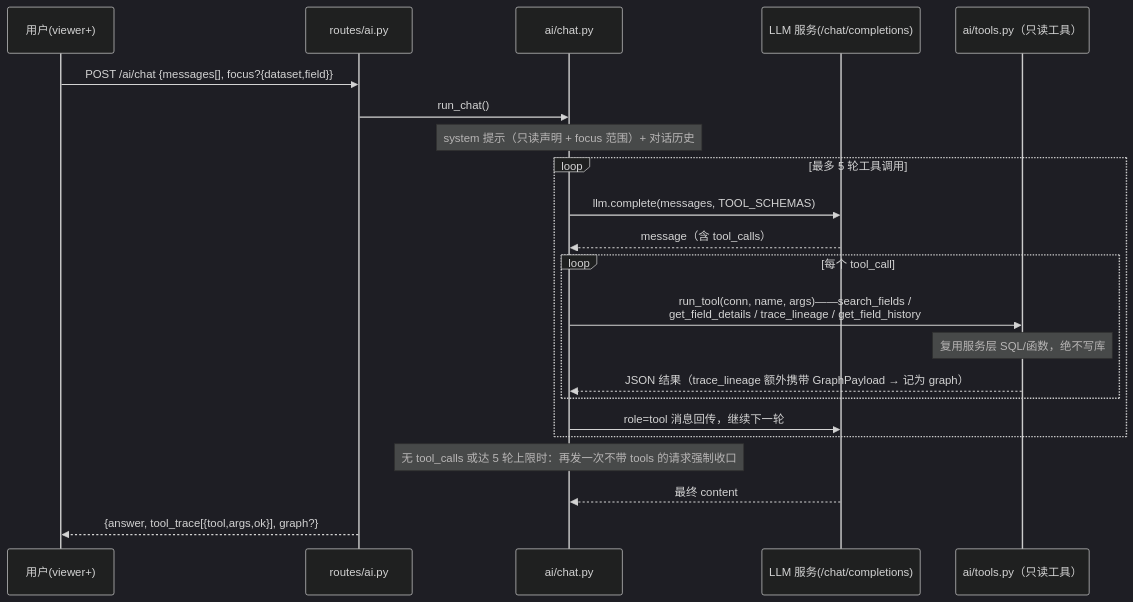
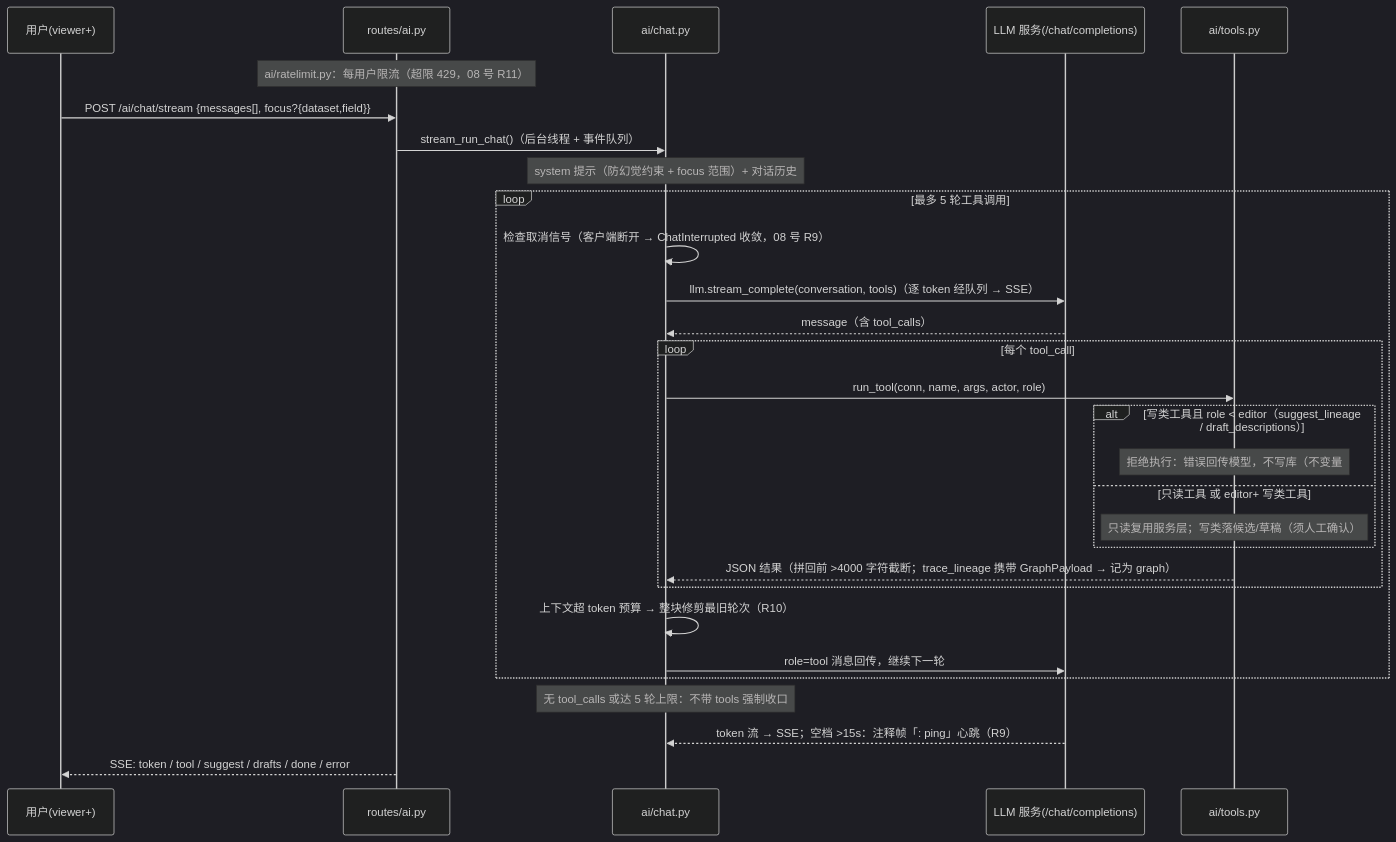
Before and after one commit to Mylifeforrent/ai-lineage: the fourth of 4 diagrams in docs/03_dev/01_架构设计.md, drawn with Mermaid (dark theme). The commit also changed other lines of this file and 40 other files, not shown here.

````diff
--- a/docs/03_dev/01_架构设计.md
+++ b/docs/03_dev/01_架构设计.md
@@ -245,25 +251,32 @@
 ```mermaid
 sequenceDiagram
     participant U as 用户(viewer+)
     participant R as routes/ai.py
     participant C as ai/chat.py
     participant L as LLM 服务(/chat/completions)
-    participant T as ai/tools.py（只读工具）
+    participant T as ai/tools.py
 
-    U->>R: POST /ai/chat {messages[], focus?{dataset,field}}
-    R->>C: run_chat()
-    Note over C: system 提示（只读声明 + focus 范围）+ 对话历史
+    Note over R: ai/ratelimit.py：每用户限流（超限 429，08 号 R11）
+    U->>R: POST /ai/chat/stream {messages[], focus?{dataset,field}}
+    R->>C: stream_run_chat()（后台线程 + 事件队列）
+    Note over C: system 提示（防幻觉约束 + focus 范围）+ 对话历史
     loop 最多 5 轮工具调用
-        C->>L: llm.complete(messages, TOOL_SCHEMAS)
+        C->>C: 检查取消信号（客户端断开 → ChatInterrupted 收敛，08 号 R9）
+        C->>L: llm.stream_complete(conversation, tools)（逐 token 经队列 → SSE）
         L-->>C: message（含 tool_calls）
         loop 每个 tool_call
-            C->>T: run_tool(conn, name, args)——search_fields /<br/>get_field_details / trace_lineage / get_field_history
-            Note over T: 复用服务层 SQL/函数，绝不写库
-            T-->>C: JSON 结果（trace_lineage 额外携带 GraphPayload → 记为 graph）
+            C->>T: run_tool(conn, name, args, actor, role)
+            alt 写类工具且 role < editor（suggest_lineage / draft_descriptions）
+                Note over T: 拒绝执行：错误回传模型，不写库（不变量#4 / R8）
+            else 只读工具 或 editor+ 写类工具
+                Note over T: 只读复用服务层；写类落候选/草稿（须人工确认）
+            end
+            T-->>C: JSON 结果（拼回前 >4000 字符截断；trace_lineage 携带 GraphPayload → 记为 graph）
         end
+        C->>C: 上下文超 token 预算 → 整块修剪最旧轮次（R10）
         C->>L: role=tool 消息回传，继续下一轮
     end
-    Note over C: 无 tool_calls 或达 5 轮上限时：再发一次不带 tools 的请求强制收口
-    L-->>C: 最终 content
-    R-->>U: {answer, tool_trace[{tool,args,ok}], graph?}
+    Note over C: 无 tool_calls 或达 5 轮上限：不带 tools 强制收口
+    L-->>C: token 流 → SSE；空档 >15s：注释帧「: ping」心跳（R9）
+    R-->>U: SSE: token / tool / suggest / drafts / done / error
 ```
````
